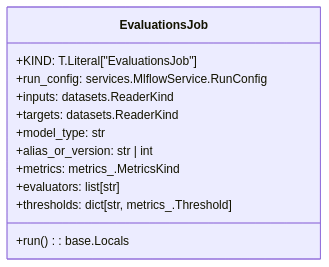
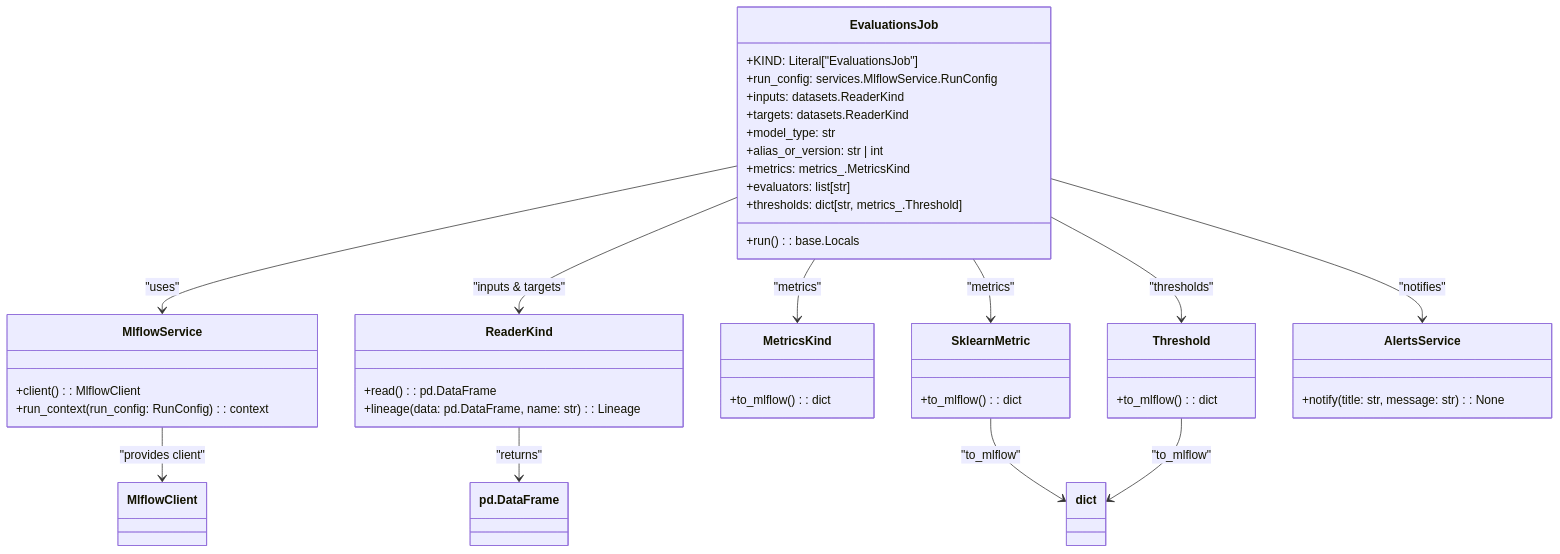
The diagram in Documents/Evaluations_stories.md (fmind/mlops-python-package), drawn with Mermaid before and after one commit. The commit also changed 1 other file, not shown here.

Commit message:
docs: updated UML diagrams

````diff
--- a/Documents/Evaluations_stories.md
+++ b/Documents/Evaluations_stories.md
@@ -21,16 +21,53 @@
 ```mermaid
 classDiagram
-    %% EvaluationsJob Class
     class EvaluationsJob {
-        +KIND: T.Literal["EvaluationsJob"]
+        +KIND: Literal["EvaluationsJob"]
         +run_config: services.MlflowService.RunConfig
         +inputs: datasets.ReaderKind
         +targets: datasets.ReaderKind
         +model_type: str
         +alias_or_version: str | int
         +metrics: metrics_.MetricsKind
         +evaluators: list[str]
         +thresholds: dict[str, metrics_.Threshold]
-        +run() : base.Locals
+        +run(): base.Locals
     }
+
+    class MlflowService {
+        +client() : MlflowClient
+        +run_context(run_config: RunConfig) : context
+    }
+
+    class ReaderKind {
+        +read() : pd.DataFrame
+        +lineage(data: pd.DataFrame, name: str) : Lineage
+    }
+
+    class MetricsKind {
+        +to_mlflow() : dict
+    }
+
+    class SklearnMetric {
+        +to_mlflow() : dict
+    }
+
+    class Threshold {
+        +to_mlflow() : dict
+    }
+
+    class AlertsService {
+        +notify(title: str, message: str) : None
+    }
+
+    EvaluationsJob --> MlflowService : "uses"
+    EvaluationsJob --> ReaderKind : "inputs & targets"
+    EvaluationsJob --> MetricsKind : "metrics"
+    EvaluationsJob --> SklearnMetric : "metrics"
+    EvaluationsJob --> AlertsService : "notifies"
+    EvaluationsJob --> Threshold : "thresholds"
+    MlflowService --> MlflowClient : "provides client"
+    ReaderKind --> pd.DataFrame : "returns"
+    SklearnMetric --> dict : "to_mlflow"
+    Threshold --> dict : "to_mlflow"
+
 ```
````
